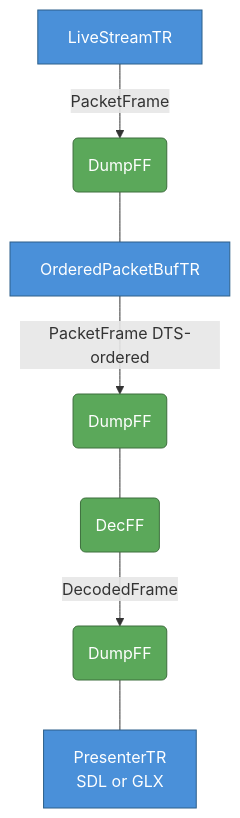
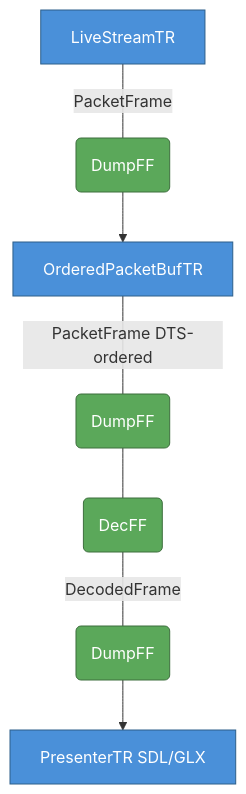
One commit to elsampsa/limef-apps changed the second of 8 diagrams in python/README.md. Above: the diagram before and after it, drawn with Mermaid. The commit also changed other lines of this file and 7 other files, not shown here.

````diff
--- a/python/README.md
+++ b/python/README.md
@@ -128,22 +128,22 @@
 ```mermaid
 flowchart TD
     livetr[LiveStreamTR]
     dumplive(DumpFF)
     buftr[OrderedPacketBufTR]
     dumpbuf(DumpFF)
     decff(DecFF)
     dumpdec(DumpFF)
-    pres[PresenterTR\nSDL or GLX]
+    pres[PresenterTR SDL/GLX]
 
-    livetr -->|PacketFrame| dumplive
-    dumplive --- buftr
-    buftr -->|PacketFrame DTS-ordered| dumpbuf
+    livetr ---|PacketFrame| dumplive
+    dumplive --> buftr
+    buftr ---|PacketFrame DTS-ordered| dumpbuf
     dumpbuf --- decff
-    decff -->|DecodedFrame| dumpdec
-    dumpdec --- pres
+    decff ---|DecodedFrame| dumpdec
+    dumpdec --> pres
 
     classDef thread fill:#4a90d9,stroke:#2c5f8a,color:#fff
     classDef ff     fill:#5ba85a,stroke:#3d6e3d,color:#fff
     class livetr,buftr,pres thread
     class decff,dumplive,dumpbuf,dumpdec ff
 ```
````
